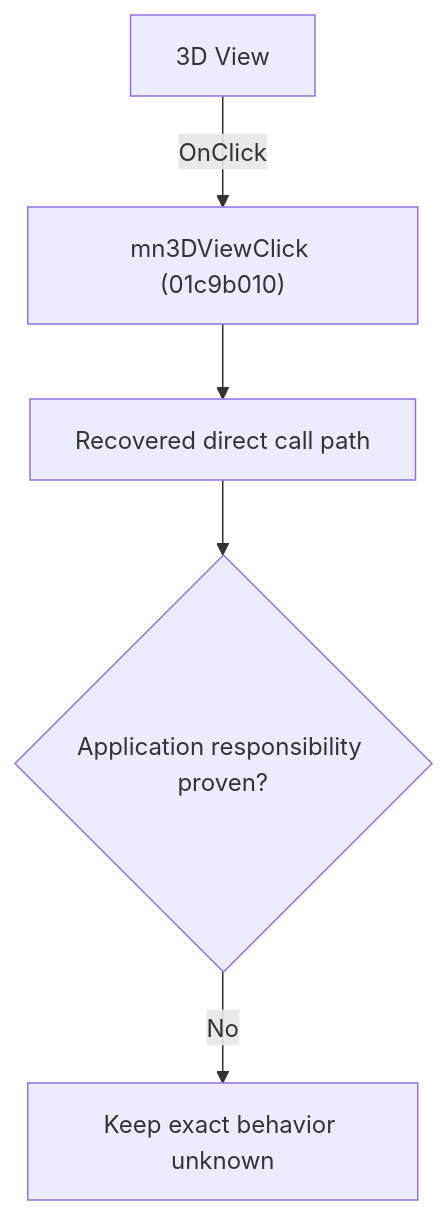
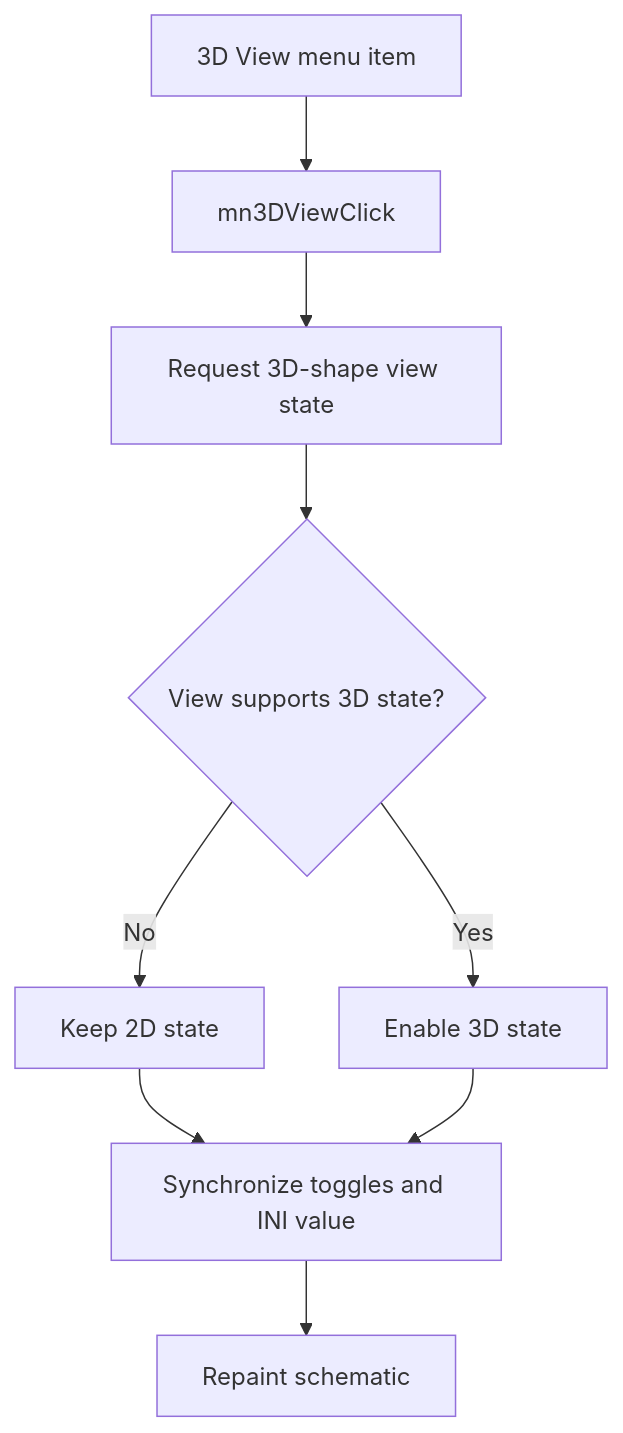
The diagram in docs/ui-controls/schematiceditor/mn3dview-eafbb8eb6a.md (MovGP0/TIARA), drawn with Mermaid before and after one commit. The commit also changed other lines of this file and 241 other files, not shown here.

````diff
--- a/docs/ui-controls/schematiceditor/mn3dview-eafbb8eb6a.md
+++ b/docs/ui-controls/schematiceditor/mn3dview-eafbb8eb6a.md
@@ -27,7 +19,11 @@
 ```mermaid
 flowchart TD
-    control["3D View"] -->|"OnClick"| handler["mn3DViewClick (01c9b010)"]
-    handler --> recovered["Recovered direct call path"]
-    recovered --> gap{"Application responsibility proven?"}
-    gap -->|"No"| blocked["Keep exact behavior unknown"]
+    control["3D View menu item"] --> handler["mn3DViewClick"]
+    handler --> request["Request 3D-shape view state"]
+    request --> supported{"View supports 3D state?"}
+    supported -->|"No"| actual2D["Keep 2D state"]
+    supported -->|"Yes"| actual3D["Enable 3D state"]
+    actual2D --> sync["Synchronize toggles and INI value"]
+    actual3D --> sync
+    sync --> repaint["Repaint schematic"]
 ```
````
